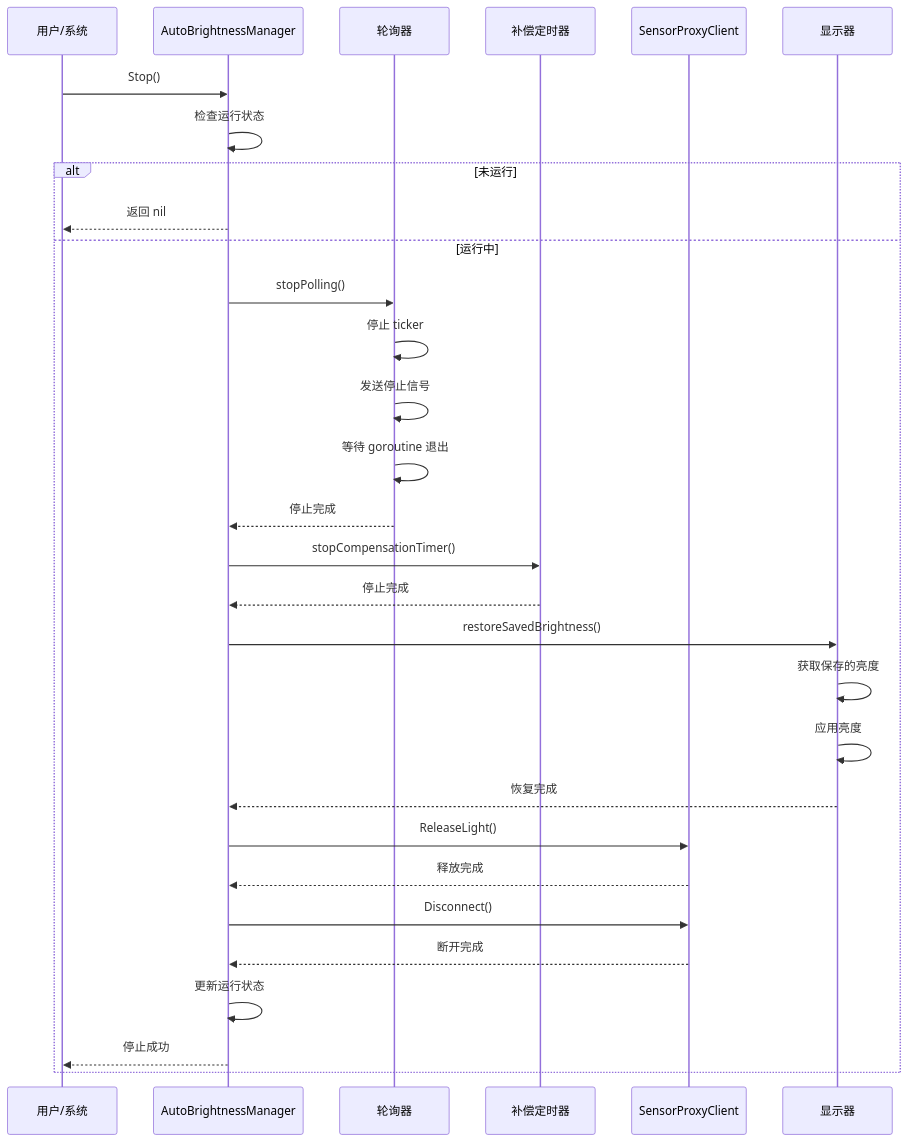
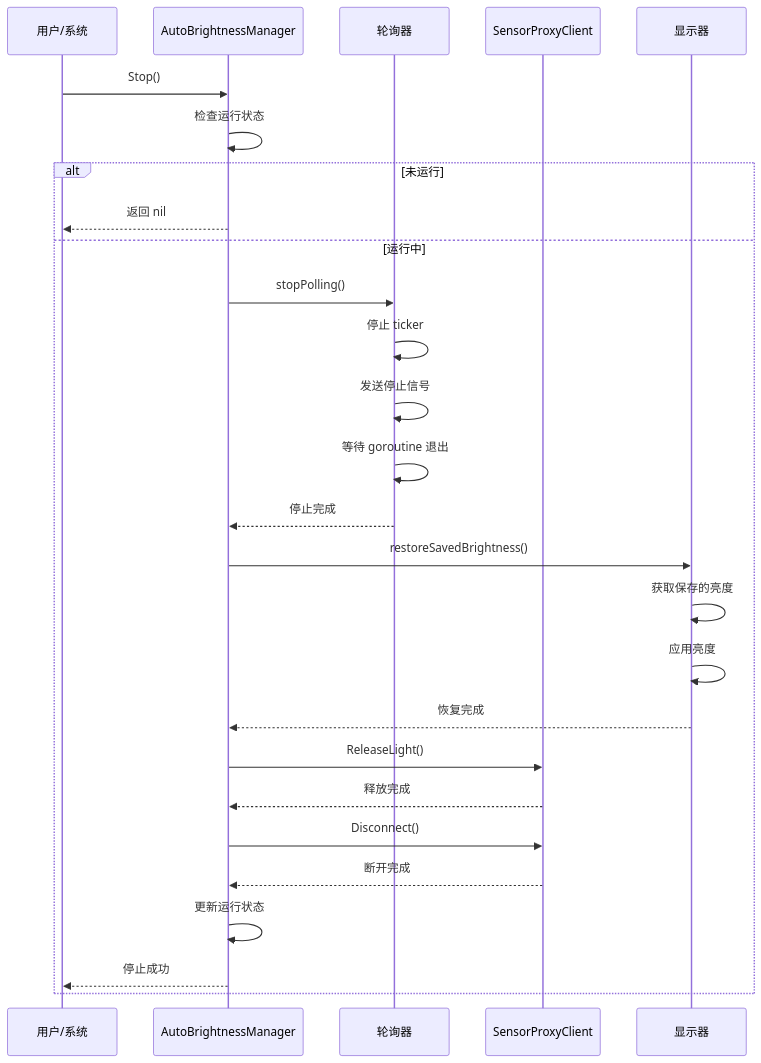
The sixth of 26 diagrams in docs/auto_backlight/auto_brightness_design.md (linuxdeepin/dde-daemon), drawn with Mermaid before and after one commit. The commit also changed other lines of this file and 21 other files, not shown here.

````diff
--- a/docs/auto_backlight/auto_brightness_design.md
+++ b/docs/auto_backlight/auto_brightness_design.md
@@ -393,38 +382,34 @@
 ```mermaid
 sequenceDiagram
     participant User as 用户/系统
     participant ABM as AutoBrightnessManager
     participant Poller as 轮询器
-    participant Comp as 补偿定时器
     participant Sensor as SensorProxyClient
     participant Display as 显示器
 
     User->>ABM: Stop()
     ABM->>ABM: 检查运行状态
     alt 未运行
         ABM-->>User: 返回 nil
     else 运行中
         ABM->>Poller: stopPolling()
         Poller->>Poller: 停止 ticker
         Poller->>Poller: 发送停止信号
         Poller->>Poller: 等待 goroutine 退出
         Poller-->>ABM: 停止完成
-        
-        ABM->>Comp: stopCompensationTimer()
-        Comp-->>ABM: 停止完成
         
         ABM->>Display: restoreSavedBrightness()
         Display->>Display: 获取保存的亮度
         Display->>Display: 应用亮度
         Display-->>ABM: 恢复完成
         
         ABM->>Sensor: ReleaseLight()
         Sensor-->>ABM: 释放完成
         
         ABM->>Sensor: Disconnect()
         Sensor-->>ABM: 断开完成
         
         ABM->>ABM: 更新运行状态
         ABM-->>User: 停止成功
     end
 ```
````
